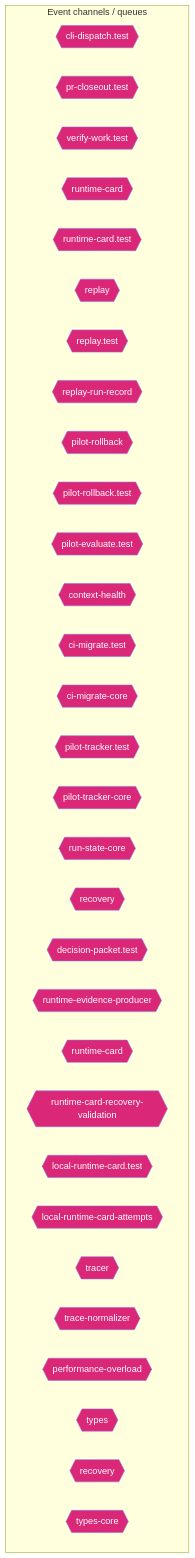
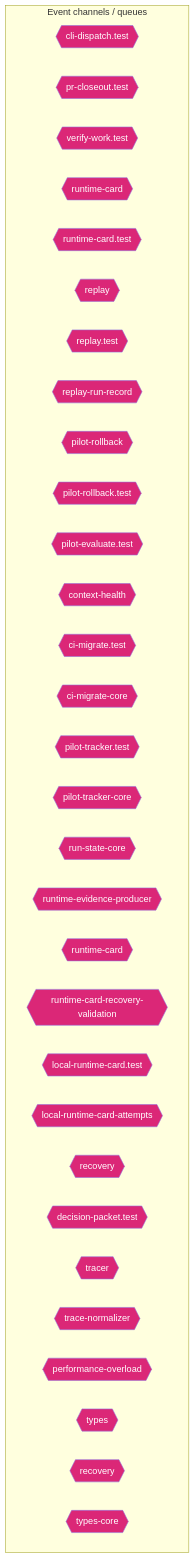
Before and after one commit to jscraik/coding-harness: the ninth of 14 diagrams in AI/context/diagram-context.md, drawn with Mermaid. The commit also changed other lines of this file, not shown here.

First line of the commit message:
docs(architecture): refresh pr closeout diagram context

````diff
--- a/AI/context/diagram-context.md
+++ b/AI/context/diagram-context.md
@@ -1694,38 +1695,38 @@
 ```mermaid
 flowchart TD
   subgraph Channels["Event channels / queues"]
     cli_dispatch_test_54c9f17b{{"cli-dispatch.test"}}
     pr_closeout_test_12a1ffdd{{"pr-closeout.test"}}
     verify_work_test_0e12f6c5{{"verify-work.test"}}
     runtime_card_e06b53e1{{"runtime-card"}}
     runtime_card_test_af812837{{"runtime-card.test"}}
     replay_ac203c98{{"replay"}}
     replay_test_935f7436{{"replay.test"}}
     replay_run_record_9a08cce2{{"replay-run-record"}}
     pilot_rollback_00c1f82c{{"pilot-rollback"}}
     pilot_rollback_test_e61d5a2b{{"pilot-rollback.test"}}
     pilot_evaluate_test_a2ac06fc{{"pilot-evaluate.test"}}
     context_health_80bb7da9{{"context-health"}}
     ci_migrate_test_2a015bb9{{"ci-migrate.test"}}
     ci_migrate_core_7005b5af{{"ci-migrate-core"}}
     pilot_tracker_test_80398a66{{"pilot-tracker.test"}}
     pilot_tracker_core_80d8ac96{{"pilot-tracker-core"}}
     run_state_core_25a955bc{{"run-state-core"}}
-    recovery_8c585378{{"recovery"}}
-    decision_packet_test_9ea0e97b{{"decision-packet.test"}}
     runtime_evidence_producer_ea388cb5{{"runtime-evidence-producer"}}
     runtime_card_1_465a49d2{{"runtime-card"}}
     runtime_card_recovery_validation_e216d883{{"runtime-card-recovery-validation"}}
     local_runtime_card_test_b508222b{{"local-runtime-card.test"}}
     local_runtime_card_attempts_28aa46ea{{"local-runtime-card-attempts"}}
+    recovery_8c585378{{"recovery"}}
+    decision_packet_test_9ea0e97b{{"decision-packet.test"}}
     tracer_1e6243a2{{"tracer"}}
     trace_normalizer_cb1be1d2{{"trace-normalizer"}}
     performance_overload_c685bfcf{{"performance-overload"}}
-    types_7_2f1ed65e{{"types"}}
+    types_8_f6283648{{"types"}}
     recovery_1_4d1804ab{{"recovery"}}
     types_core_e405ddca{{"types-core"}}
   end
   classDef eventNode fill:#db2777,color:#fff
-  class cli_dispatch_test_54c9f17b,pr_closeout_test_12a1ffdd,verify_work_test_0e12f6c5,runtime_card_e06b53e1,runtime_card_test_af812837,replay_ac203c98,replay_test_935f7436,replay_run_record_9a08cce2,pilot_rollback_00c1f82c,pilot_rollback_test_e61d5a2b,pilot_evaluate_test_a2ac06fc,context_health_80bb7da9,ci_migrate_test_2a015bb9,ci_migrate_core_7005b5af,pilot_tracker_test_80398a66,pilot_tracker_core_80d8ac96,run_state_core_25a955bc,recovery_8c585378,decision_packet_test_9ea0e97b,runtime_evidence_producer_ea388cb5,runtime_card_1_465a49d2,runtime_card_recovery_validation_e216d883,local_runtime_card_test_b508222b,local_runtime_card_attempts_28aa46ea,tracer_1e6243a2,trace_normalizer_cb1be1d2,performance_overload_c685bfcf,types_7_2f1ed65e,recovery_1_4d1804ab,types_core_e405ddca eventNode
+  class cli_dispatch_test_54c9f17b,pr_closeout_test_12a1ffdd,verify_work_test_0e12f6c5,runtime_card_e06b53e1,runtime_card_test_af812837,replay_ac203c98,replay_test_935f7436,replay_run_record_9a08cce2,pilot_rollback_00c1f82c,pilot_rollback_test_e61d5a2b,pilot_evaluate_test_a2ac06fc,context_health_80bb7da9,ci_migrate_test_2a015bb9,ci_migrate_core_7005b5af,pilot_tracker_test_80398a66,pilot_tracker_core_80d8ac96,run_state_core_25a955bc,runtime_evidence_producer_ea388cb5,runtime_card_1_465a49d2,runtime_card_recovery_validation_e216d883,local_runtime_card_test_b508222b,local_runtime_card_attempts_28aa46ea,recovery_8c585378,decision_packet_test_9ea0e97b,tracer_1e6243a2,trace_normalizer_cb1be1d2,performance_overload_c685bfcf,types_8_f6283648,recovery_1_4d1804ab,types_core_e405ddca eventNode
 
 ```
````
